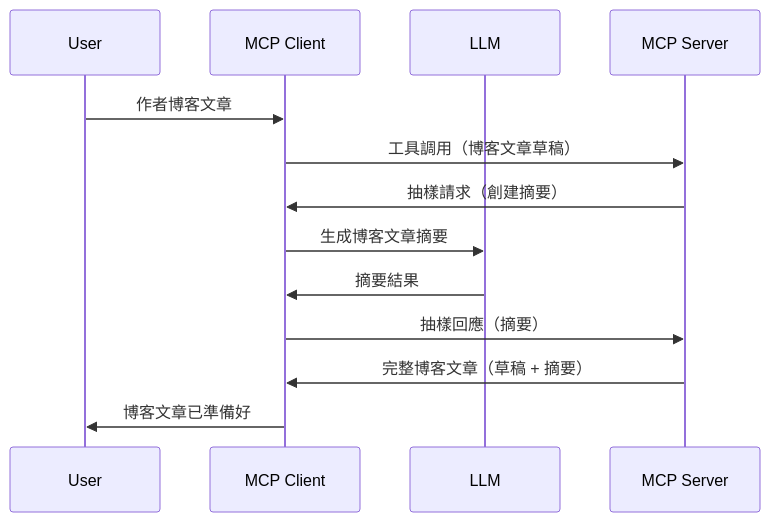
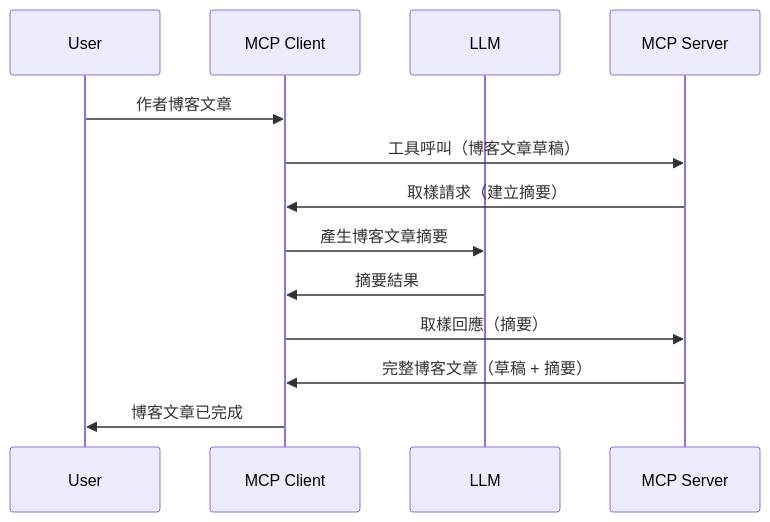
Before and after one commit to HIDORAKAI002/ai-workspace-archive: the diagram in mcp_ecosystem__model_context_protocol/mcp_learning_resources/mcp-for-beginners/translations/zh-MO/03-GettingStarted/14-sampling/README.md, drawn with Mermaid. The commit also changed other lines of this file and 5721 other files, not shown here.

Commit message:
chore(sync): update MCP Python SDK, MCP TypeScript SDK, Supabase MCP, Kubernetes MCP Server, Git MCP, MCP Agent, Awesome ChatGPT Prompts, Langfuse, +62 more

````diff
--- a/mcp_ecosystem__model_context_protocol/mcp_learning_resources/mcp-for-beginners/translations/zh-MO/03-GettingStarted/14-sampling/README.md
+++ b/mcp_ecosystem__model_context_protocol/mcp_learning_resources/mcp-for-beginners/translations/zh-MO/03-GettingStarted/14-sampling/README.md
@@ -25,16 +27,16 @@
 ```mermaid
 sequenceDiagram
     participant User
     participant MCP Client
     participant LLM
     participant MCP Server
 
     User->>MCP Client: 作者博客文章
-    MCP Client->>MCP Server: 工具調用（博客文章草稿）
-    MCP Server->>MCP Client: 抽樣請求（創建摘要）
-    MCP Client->>LLM: 生成博客文章摘要
+    MCP Client->>MCP Server: 工具呼叫（博客文章草稿）
+    MCP Server->>MCP Client: 取樣請求（建立摘要）
+    MCP Client->>LLM: 產生博客文章摘要
     LLM->>MCP Client: 摘要結果
-    MCP Client->>MCP Server: 抽樣回應（摘要）
+    MCP Client->>MCP Server: 取樣回應（摘要）
     MCP Server->>MCP Client: 完整博客文章（草稿 + 摘要）
-    MCP Client->>User: 博客文章已準備好
+    MCP Client->>User: 博客文章已完成
 ```
````
